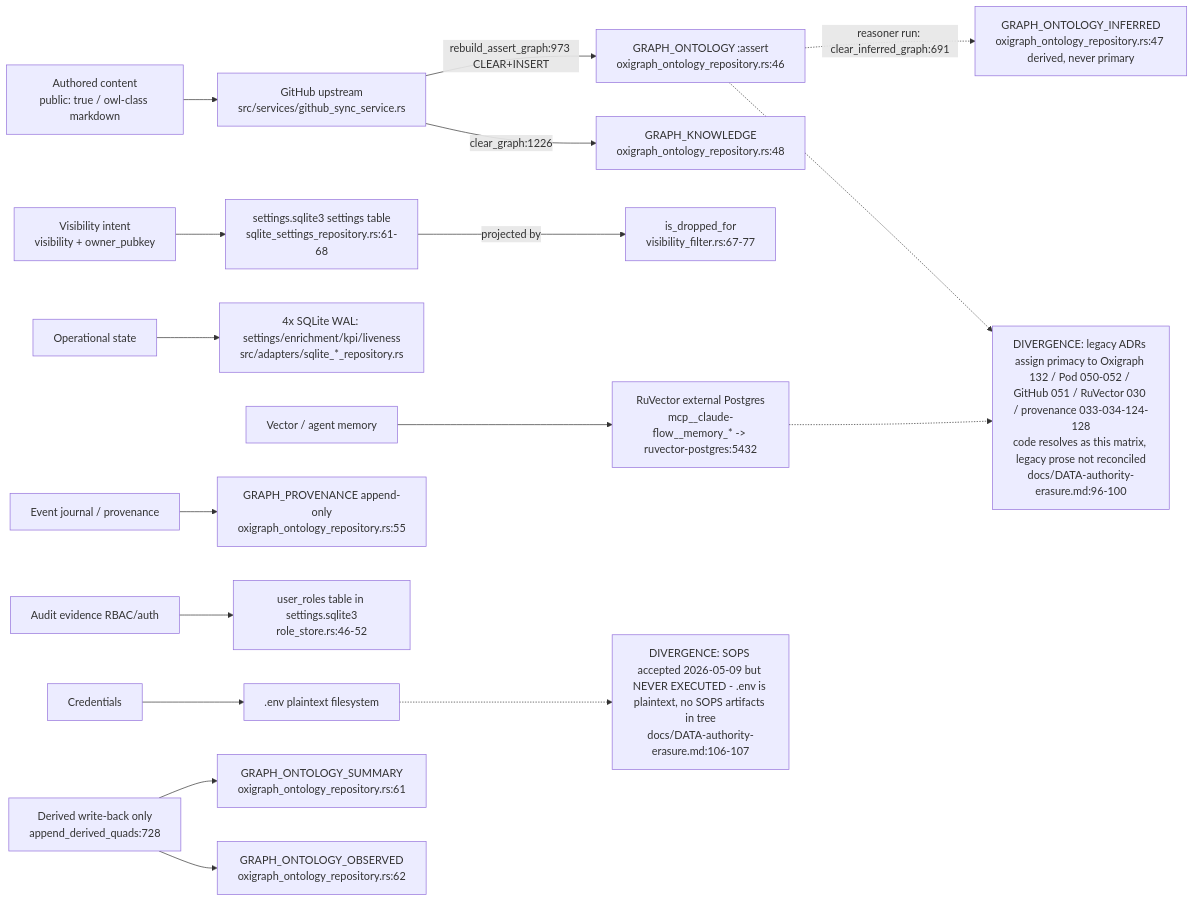
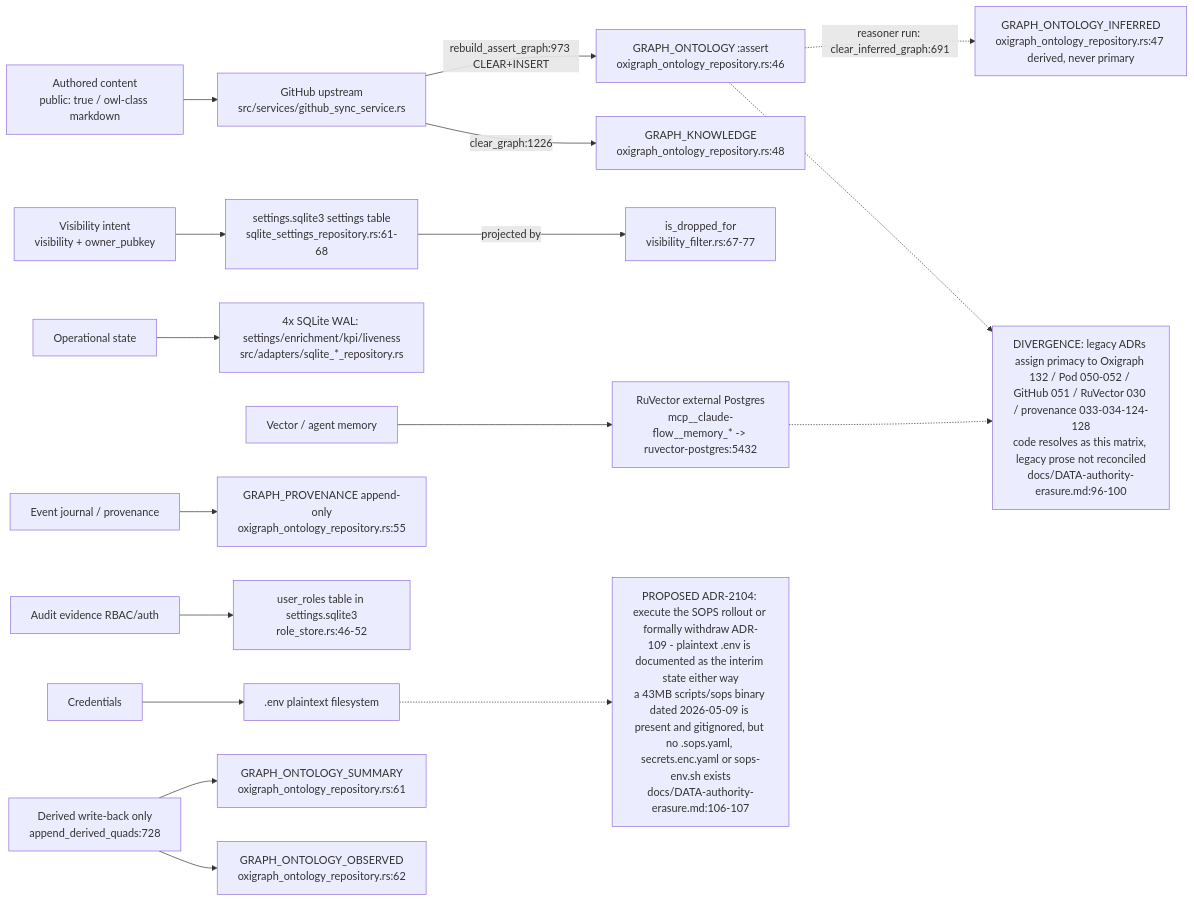
Before and after one commit to DreamLab-AI/AR-AI-Knowledge-Graph: the first of 11 diagrams in docs/diagrams/visionclaw/22-data-authority-provenance-erasure.md, drawn with Mermaid. The commit also changed other lines of this file and 172 other files, not shown here.

````diff
--- a/docs/diagrams/visionclaw/22-data-authority-provenance-erasure.md
+++ b/docs/diagrams/visionclaw/22-data-authority-provenance-erasure.md
@@ -37,31 +41,31 @@
 ```mermaid
 flowchart LR
     AuthContent["Authored content<br/>public: true / owl-class markdown"] --> GitHub["GitHub upstream<br/>src/services/github_sync_service.rs"]
     GitHub -->|"rebuild_assert_graph:973 CLEAR+INSERT"| AssertGraph["GRAPH_ONTOLOGY :assert<br/>oxigraph_ontology_repository.rs:46"]
     GitHub -->|"clear_graph:1226"| KnowledgeGraph["GRAPH_KNOWLEDGE<br/>oxigraph_ontology_repository.rs:48"]
 
     VisIntent["Visibility intent<br/>visibility + owner_pubkey"] --> SettingsDB["settings.sqlite3 settings table<br/>sqlite_settings_repository.rs:61-68"]
     SettingsDB -->|"projected by"| VisFilter["is_dropped_for<br/>visibility_filter.rs:67-77"]
 
     AssertGraph -.->|"reasoner run: clear_inferred_graph:691"| InferredGraph["GRAPH_ONTOLOGY_INFERRED<br/>oxigraph_ontology_repository.rs:47 derived, never primary"]
 
     OpState["Operational state"] --> SqliteFour["4x SQLite WAL: settings/enrichment/kpi/liveness<br/>src/adapters/sqlite_*_repository.rs"]
 
     VectorMem["Vector / agent memory"] --> RuVector["RuVector external Postgres<br/>mcp__claude-flow__memory_* -> ruvector-postgres:5432"]
 
     EventJournal["Event journal / provenance"] --> ProvGraph["GRAPH_PROVENANCE append-only<br/>oxigraph_ontology_repository.rs:55"]
 
     AuditRBAC["Audit evidence RBAC/auth"] --> RoleTable["user_roles table in settings.sqlite3<br/>role_store.rs:46-52"]
 
     Credentials["Credentials"] --> DotEnv[".env plaintext filesystem"]
 
     DerivedWB["Derived write-back only<br/>append_derived_quads:728"] --> SummaryGraph["GRAPH_ONTOLOGY_SUMMARY<br/>oxigraph_ontology_repository.rs:61"]
     DerivedWB --> ObservedGraph["GRAPH_ONTOLOGY_OBSERVED<br/>oxigraph_ontology_repository.rs:62"]
 
     DivLegacy["DIVERGENCE: legacy ADRs assign primacy to Oxigraph 132 / Pod 050-052 / GitHub 051 / RuVector 030 / provenance 033-034-124-128<br/>code resolves as this matrix, legacy prose not reconciled<br/>docs/DATA-authority-erasure.md:96-100"]
     AssertGraph -.-> DivLegacy
     RuVector -.-> DivLegacy
 
-    DivCreds["DIVERGENCE: SOPS accepted 2026-05-09 but NEVER EXECUTED - .env is plaintext, no SOPS artifacts in tree<br/>docs/DATA-authority-erasure.md:106-107"]
+    DivCreds["PROPOSED ADR-2104: execute the SOPS rollout or formally withdraw ADR-109 - plaintext .env is documented as the interim state either way<br/>a 43MB scripts/sops binary dated 2026-05-09 is present and gitignored, but no .sops.yaml, secrets.enc.yaml or sops-env.sh exists<br/>docs/DATA-authority-erasure.md:106-107"]
     DotEnv -.-> DivCreds
 ```
````
